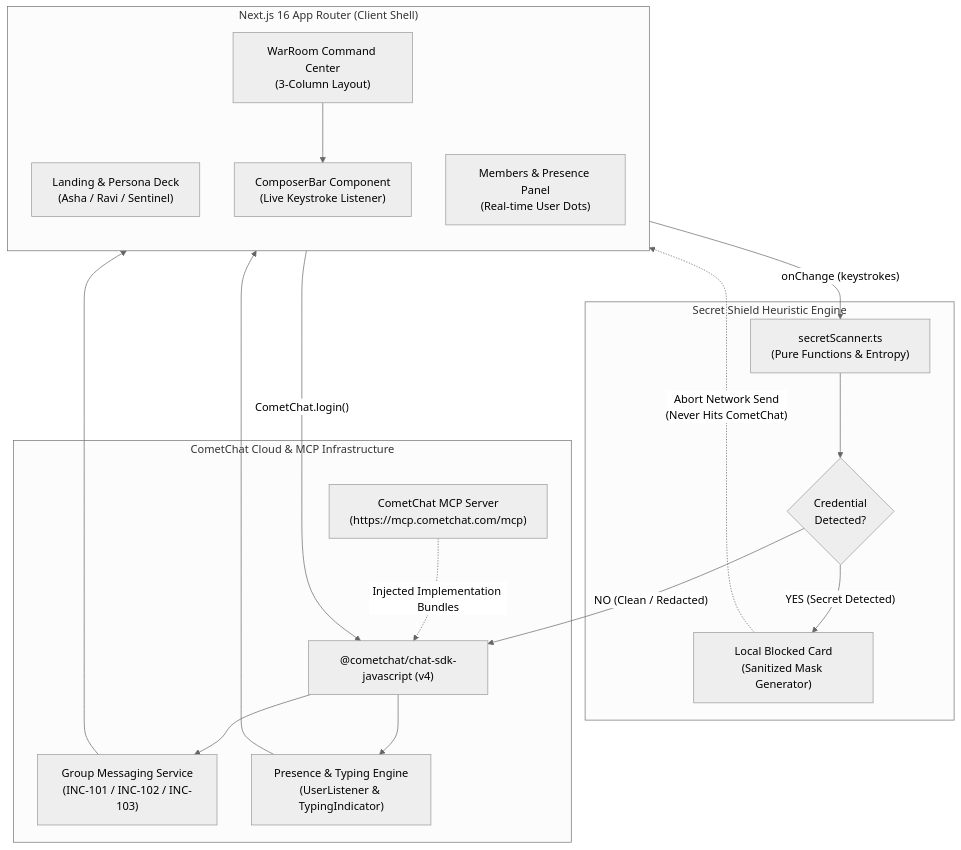
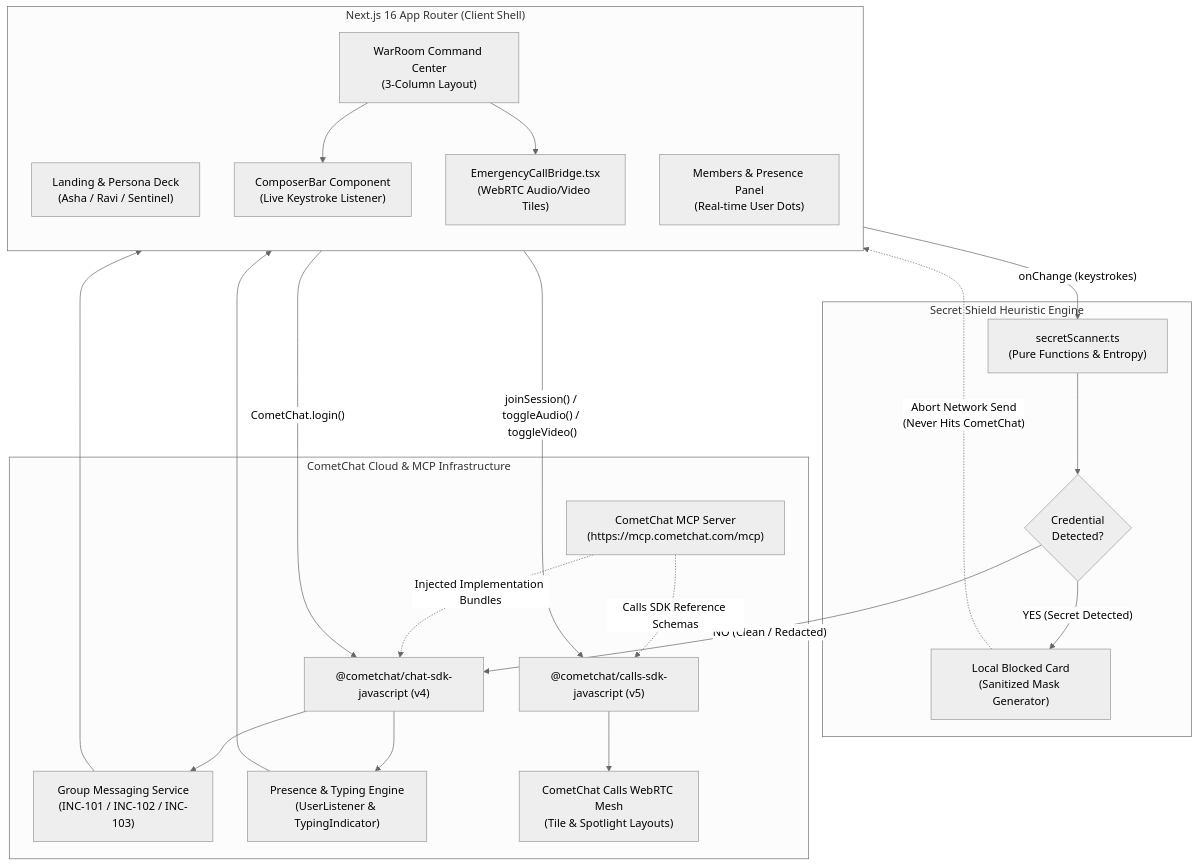
The diagram in README.md (Mayank-iitj/IncidentRoom), drawn with Mermaid (neutral theme) before and after one commit. The commit also changed other lines of this file and 7 other files, not shown here.

Commit message:
feat: integrate CometChat Calls SDK v5 Emergency Voice & Video Bridge

````diff
--- a/README.md
+++ b/README.md
@@ -68,38 +71,46 @@
 ```mermaid
 flowchart TB
     subgraph ClientUI["Next.js 16 App Router (Client Shell)"]
         direction TB
         Landing["Landing & Persona Deck\n(Asha / Ravi / Sentinel)"]
         WarRoom["WarRoom Command Center\n(3-Column Layout)"]
         Composer["ComposerBar Component\n(Live Keystroke Listener)"]
+        CallBridge["EmergencyCallBridge.tsx\n(WebRTC Audio/Video Tiles)"]
         Members["Members & Presence Panel\n(Real-time User Dots)"]
     end
 
     subgraph SecurityShield["Secret Shield Heuristic Engine"]
         Scanner["secretScanner.ts\n(Pure Functions & Entropy)"]
         Filter{"Credential\nDetected?"}
         BlockCard["Local Blocked Card\n(Sanitized Mask Generator)"]
     end
 
     subgraph CometChatPlatform["CometChat Cloud & MCP Infrastructure"]
-        SDK["@cometchat/chat-sdk-javascript (v4)"]
+        ChatSDK["@cometchat/chat-sdk-javascript (v4)"]
+        CallsSDK["@cometchat/calls-sdk-javascript (v5)"]
         GroupMsg["Group Messaging Service\n(INC-101 / INC-102 / INC-103)"]
         PresenceEngine["Presence & Typing Engine\n(UserListener & TypingIndicator)"]
+        WebRTCBridge["CometChat Calls WebRTC Mesh\n(Tile & Spotlight Layouts)"]
         MCPServer["CometChat MCP Server\n(https://mcp.cometchat.com/mcp)"]
     end
 
-    Landing -->|"CometChat.login()"| SDK
+    Landing -->|"CometChat.login()"| ChatSDK
     WarRoom --> Composer
+    WarRoom --> CallBridge
     Composer -->|"onChange (keystrokes)"| Scanner
     Scanner --> Filter
     
     Filter -->|"YES (Secret Detected)"| BlockCard
     BlockCard -.->|"Abort Network Send\n(Never Hits CometChat)"| WarRoom
     
-    Filter -->|"NO (Clean / Redacted)"| SDK
-    SDK --> GroupMsg
-    SDK --> PresenceEngine
+    Filter -->|"NO (Clean / Redacted)"| ChatSDK
+    ChatSDK --> GroupMsg
+    ChatSDK --> PresenceEngine
     GroupMsg --> WarRoom
     PresenceEngine --> Members
-    MCPServer -.->|"Injected Implementation Bundles"| SDK
+
+    CallBridge -->|"joinSession() / toggleAudio() / toggleVideo()"| CallsSDK
+    CallsSDK --> WebRTCBridge
+    MCPServer -.->|"Injected Implementation Bundles"| ChatSDK
+    MCPServer -.->|"Calls SDK Reference Schemas"| CallsSDK
 ```
````
